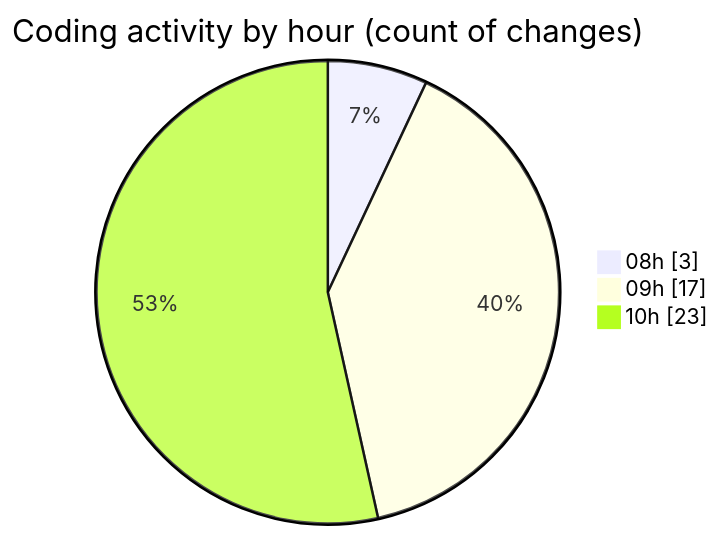
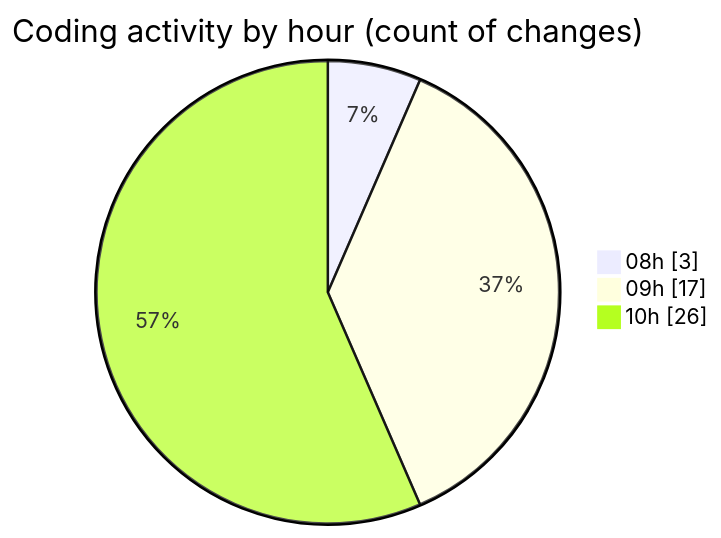
One commit to julien-gomy/code-tracking changed the second of 2 diagrams in 2025-10-22/eventscop-api-guide__workspace_/README.md. Above: the diagram before and after it, drawn with Mermaid. The commit also changed other lines of this file and 1 other file, not shown here.

````diff
--- a/2025-10-22/eventscop-api-guide__workspace_/README.md
+++ b/2025-10-22/eventscop-api-guide__workspace_/README.md
@@ -40,7 +40,7 @@
 ```mermaid
 pie showData
 title Coding activity by hour (count of changes)
 "08h" : 3
 "09h" : 17
-"10h" : 23
+"10h" : 26
 ```
````
